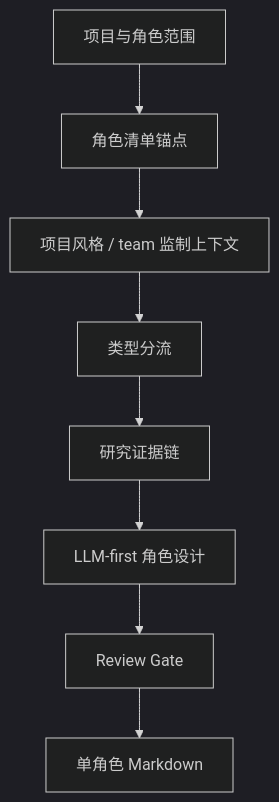
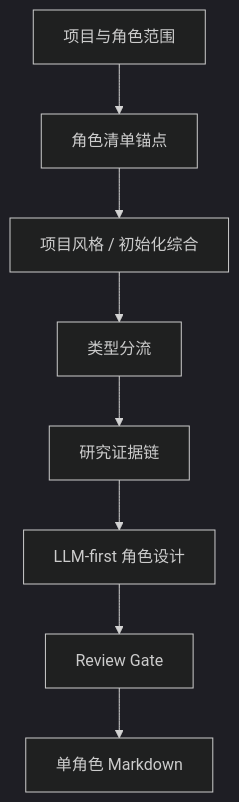
The diagram in .agents/skills/aigc/6-设计/角色/2-设计/README.md (ZEN-VOID/AI-CUT), drawn with Mermaid (dark theme) before and after one commit. The commit also changed other lines of this file and 240 other files, not shown here.

````diff
--- a/.agents/skills/aigc/6-设计/角色/2-设计/README.md
+++ b/.agents/skills/aigc/6-设计/角色/2-设计/README.md
@@ -44,10 +44,10 @@
 ```mermaid
 flowchart TD
     A["项目与角色范围"] --> B["角色清单锚点"]
-    B --> C["项目风格 / team 监制上下文"]
+    B --> C["项目风格 / 初始化综合"]
     C --> D["类型分流"]
     D --> E["研究证据链"]
     E --> F["LLM-first 角色设计"]
     F --> G["Review Gate"]
     G --> H["单角色 Markdown"]
 ```
````
